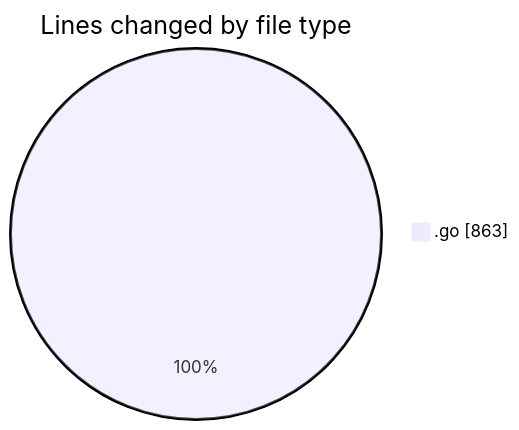
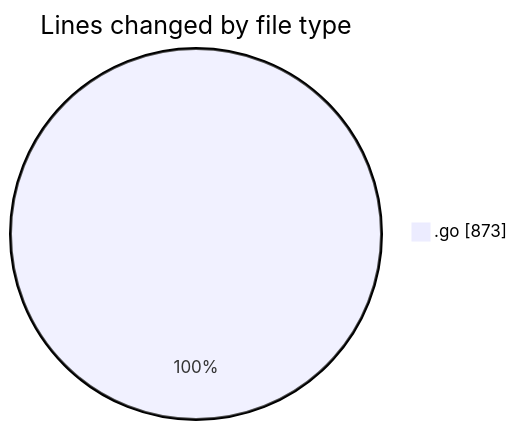
One commit to robertbonfada/code-tracking changed the first of 2 diagrams in 2025-03-10/termonied_testador/README.md. Above: the diagram before and after it, drawn with Mermaid. The commit also changed other lines of this file and 1 other file, not shown here.

````diff
--- a/2025-03-10/termonied_testador/README.md
+++ b/2025-03-10/termonied_testador/README.md
@@ -20,5 +20,5 @@
 ```mermaid
 pie showData
 title Lines changed by file type
-".go" : 863
+".go" : 873
 ```
````
